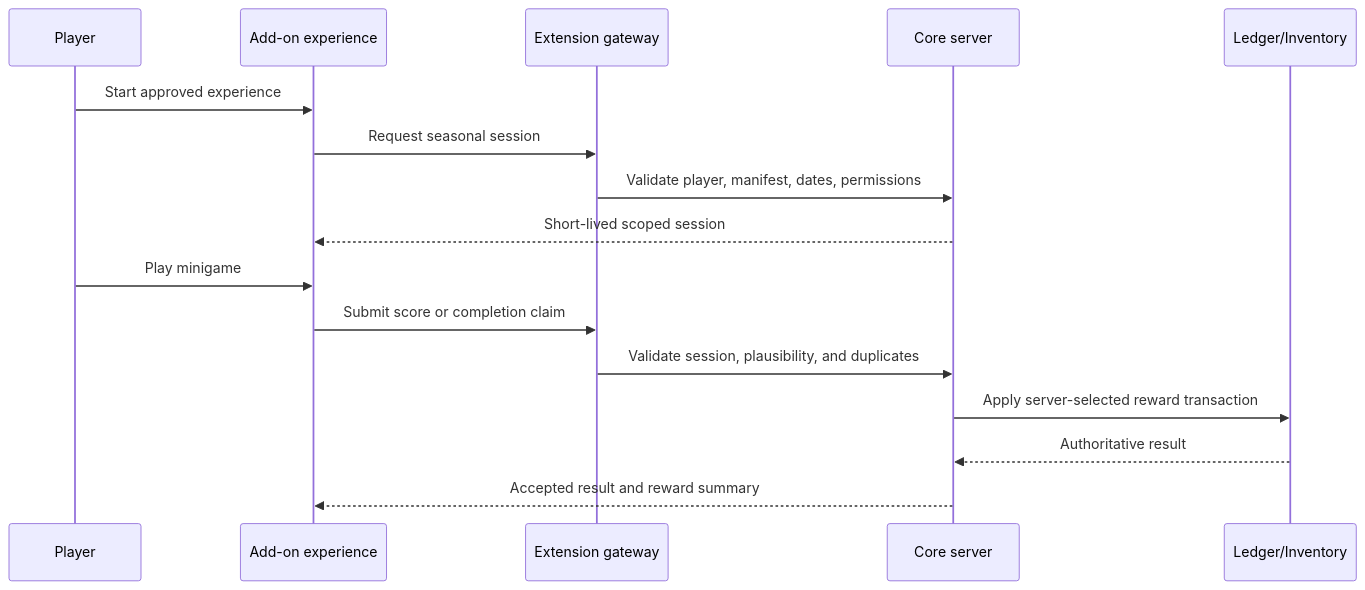
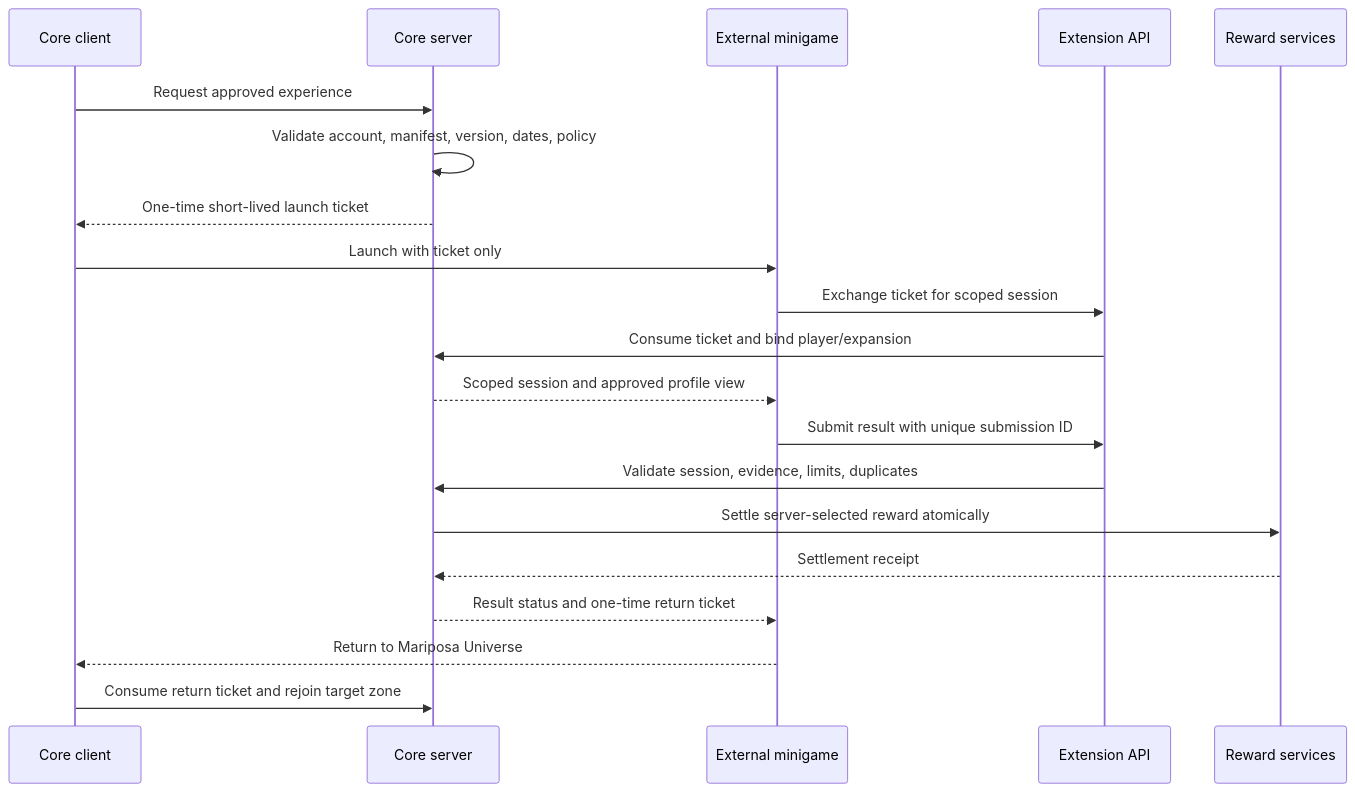
One commit to mycreationhaven/Mariposa-Universe-Server changed the third of 4 diagrams in docs/ARCHITECTURE.md. Above: the diagram before and after it, drawn with Mermaid. The commit also changed other lines of this file, not shown here.

Commit message:
Redesign complete server and extension architecture

````diff
--- a/docs/ARCHITECTURE.md
+++ b/docs/ARCHITECTURE.md
@@ -109,19 +104,23 @@
 ```mermaid
 sequenceDiagram
-  participant P as Player
-  participant A as Add-on experience
-  participant X as Extension gateway
+  participant P as Core client
   participant C as Core server
-  participant L as Ledger/Inventory
+  participant X as External minigame
+  participant G as Extension API
+  participant W as Reward services
 
-  P->>A: Start approved experience
-  A->>X: Request seasonal session
-  X->>C: Validate player, manifest, dates, permissions
-  C-->>A: Short-lived scoped session
-  P->>A: Play minigame
-  A->>X: Submit score or completion claim
-  X->>C: Validate session, plausibility, and duplicates
-  C->>L: Apply server-selected reward transaction
-  L-->>C: Authoritative result
-  C-->>A: Accepted result and reward summary
+  P->>C: Request approved experience
+  C->>C: Validate account, manifest, version, dates, policy
+  C-->>P: One-time short-lived launch ticket
+  P->>X: Launch with ticket only
+  X->>G: Exchange ticket for scoped session
+  G->>C: Consume ticket and bind player/expansion
+  C-->>X: Scoped session and approved profile view
+  X->>G: Submit result with unique submission ID
+  G->>C: Validate session, evidence, limits, duplicates
+  C->>W: Settle server-selected reward atomically
+  W-->>C: Settlement receipt
+  C-->>X: Result status and one-time return ticket
+  X-->>P: Return to Mariposa Universe
+  P->>C: Consume return ticket and rejoin target zone
 ```
````
